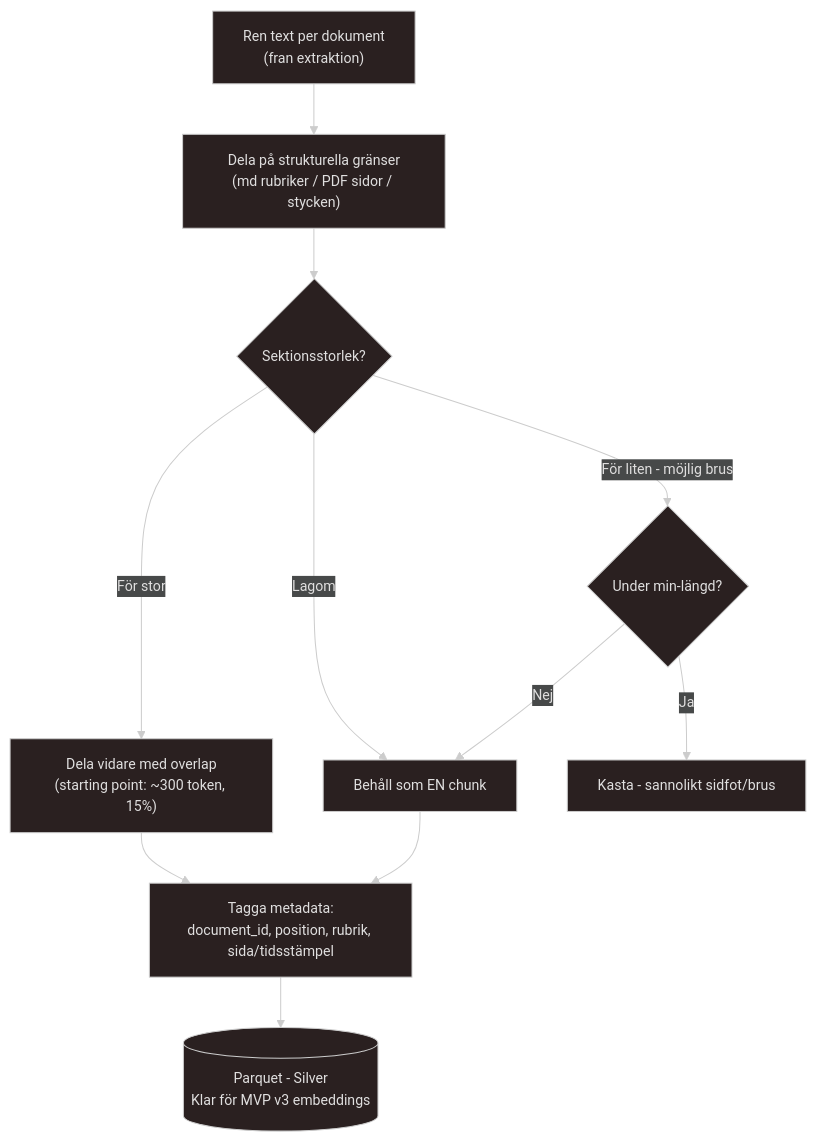
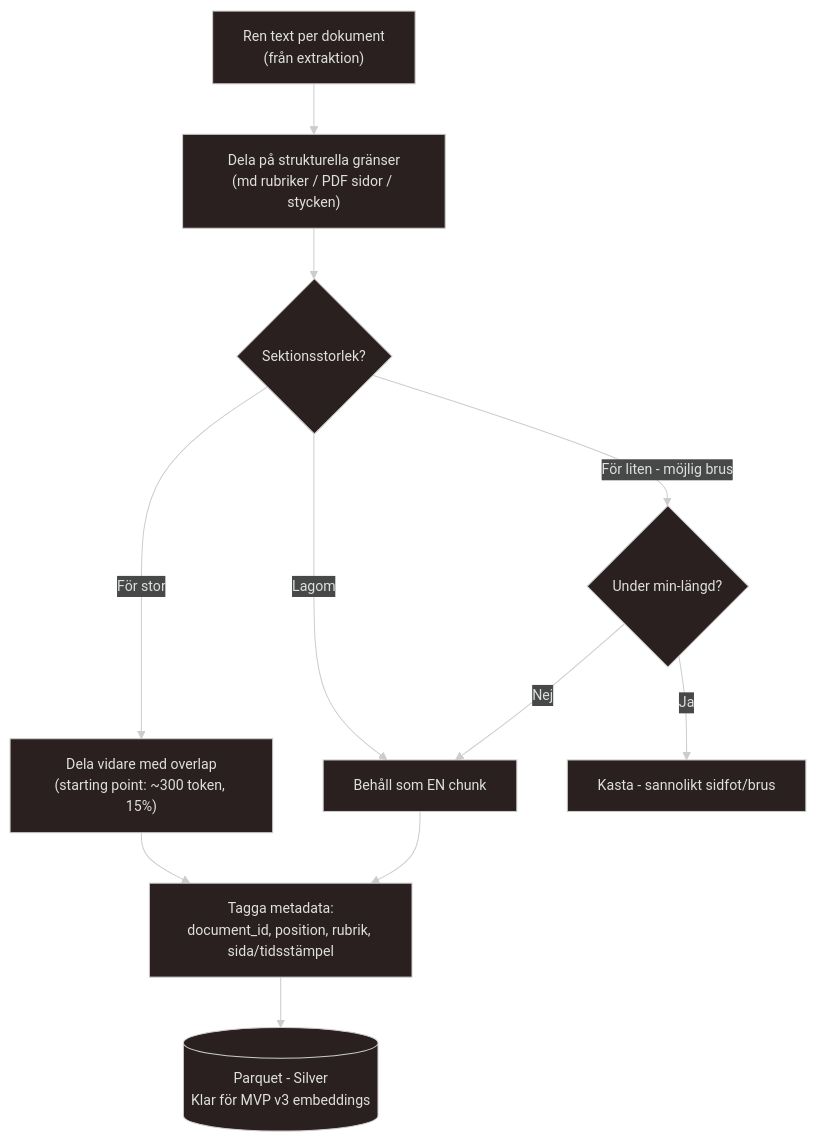
The diagram in docs/file_docs/mvp_v2_docs/pdf_chunking_docs_mvp_v2.md (JohnnyHyytiainen/project3-kms), drawn with Mermaid before and after one commit. The commit also changed 1 other file, not shown here.

Commit message:
chore(formatting): updated formatting + date in roadmap

````diff
--- a/docs/file_docs/mvp_v2_docs/pdf_chunking_docs_mvp_v2.md
+++ b/docs/file_docs/mvp_v2_docs/pdf_chunking_docs_mvp_v2.md
@@ -50,17 +50,17 @@
 ```mermaid
 ---
 config:
   theme: neo-dark
 ---
 flowchart TD
-    RAW["Ren text per dokument<br/>(fran extraktion)"] --> STRUCT["Dela på strukturella gränser<br/>(md rubriker / PDF sidor / stycken)"]
+    RAW["Ren text per dokument<br/>(från extraktion)"] --> STRUCT["Dela på strukturella gränser<br/>(md rubriker / PDF sidor / stycken)"]
     STRUCT --> SIZE{"Sektionsstorlek?"}
     SIZE -->|"För stor"| SPLIT["Dela vidare med overlap<br/>(starting point: ~300 token, 15%)"]
     SIZE -->|"Lagom"| KEEP["Behåll som EN chunk"]
     SIZE -->|"För liten - möjlig brus"| FILTER{"Under min-längd?"}
     FILTER -->|Ja| DROP["Kasta - sannolikt sidfot/brus"]
     FILTER -->|Nej| KEEP
     SPLIT --> META["Tagga metadata:<br/>document_id, position, rubrik, sida/tidsstämpel"]
     KEEP --> META
     META --> PARQUET[("Parquet - Silver<br/>Klar för MVP v3 embeddings")]
 ```
````
